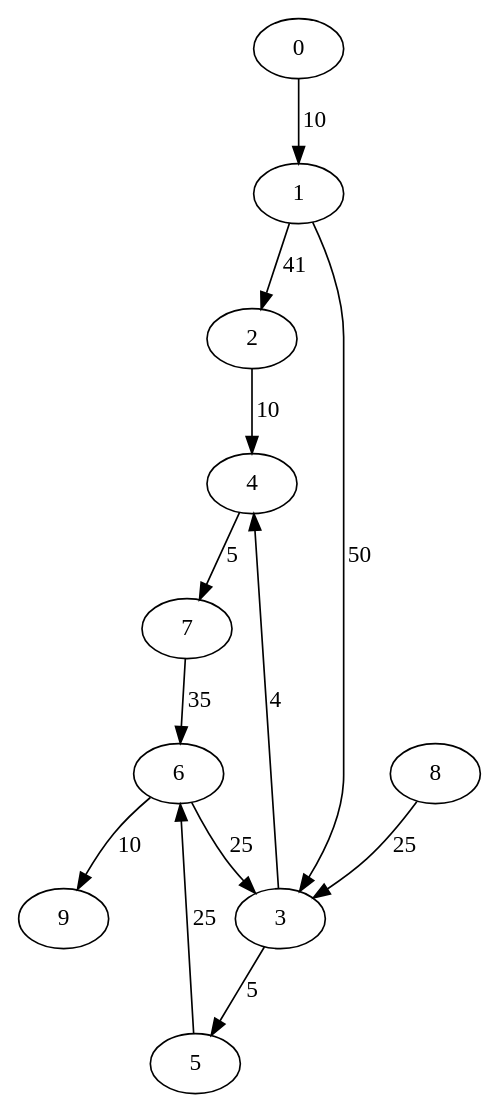
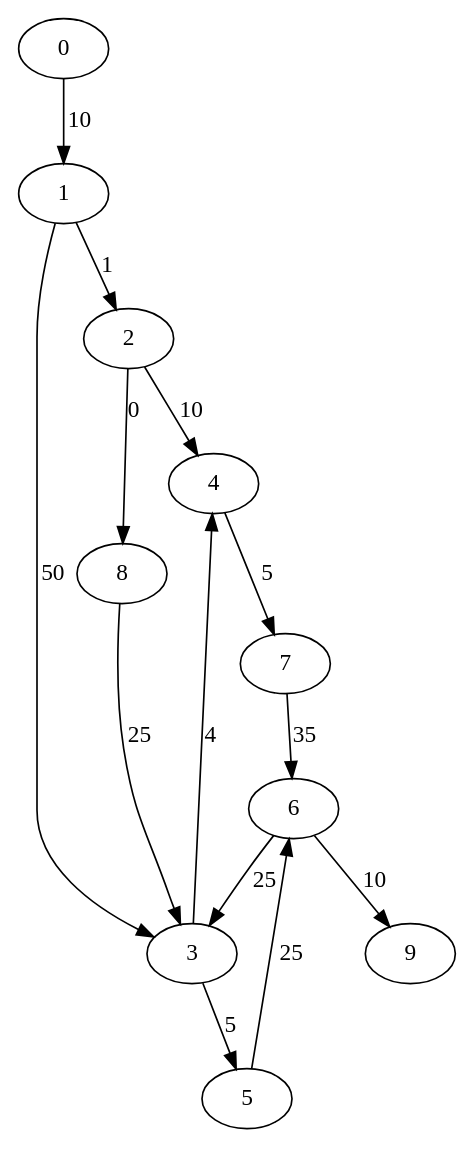
Before and after one commit to anthony93700/graphe: the diagram in graphe.dot, drawn with Graphviz. The commit also changed 7 other files, not shown here.

```diff
--- a/graphe.dot
+++ b/graphe.dot
@@ -1,14 +1,15 @@
 digraph mon_graph {
 	0 -> 1 [label=10];
-	1 -> 2 [label=41];
+	1 -> 2 [label=1];
 	1 -> 3 [label=50];
 	2 -> 4 [label=10];
+	2 -> 8 [label=0];
 	3 -> 4 [label=4];
 	3 -> 5 [label=5];
 	4 -> 7 [label=5];
 	5 -> 6 [label=25];
 	6 -> 3 [label=25];
 	6 -> 9 [label=10];
 	7 -> 6 [label=35];
 	8 -> 3 [label=25];
 }
```
